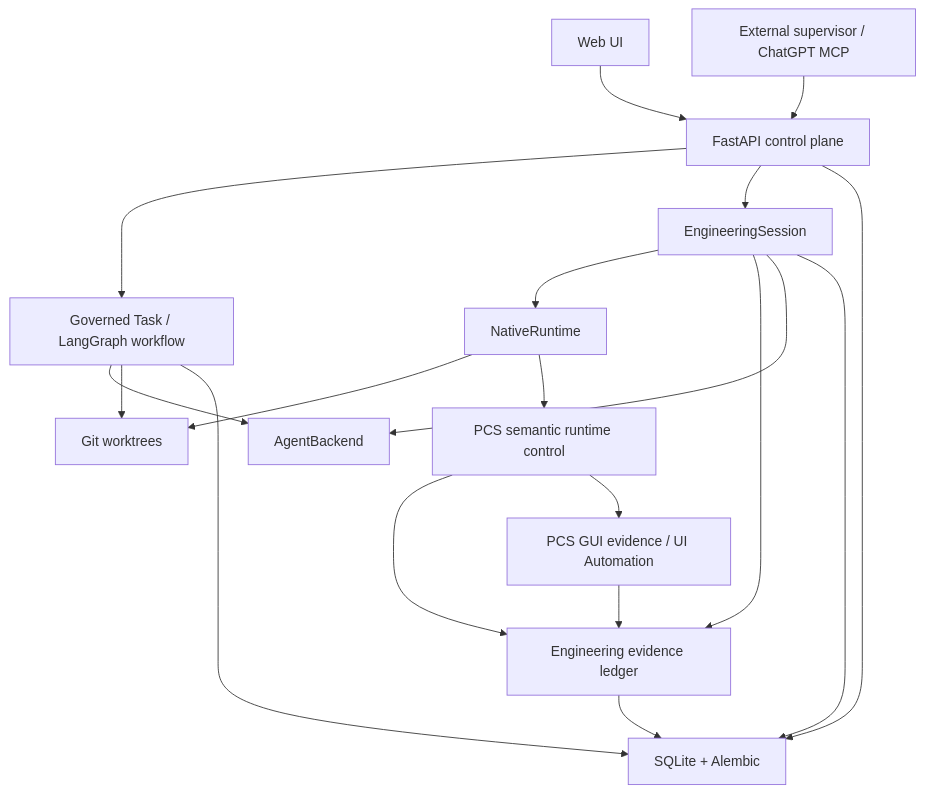
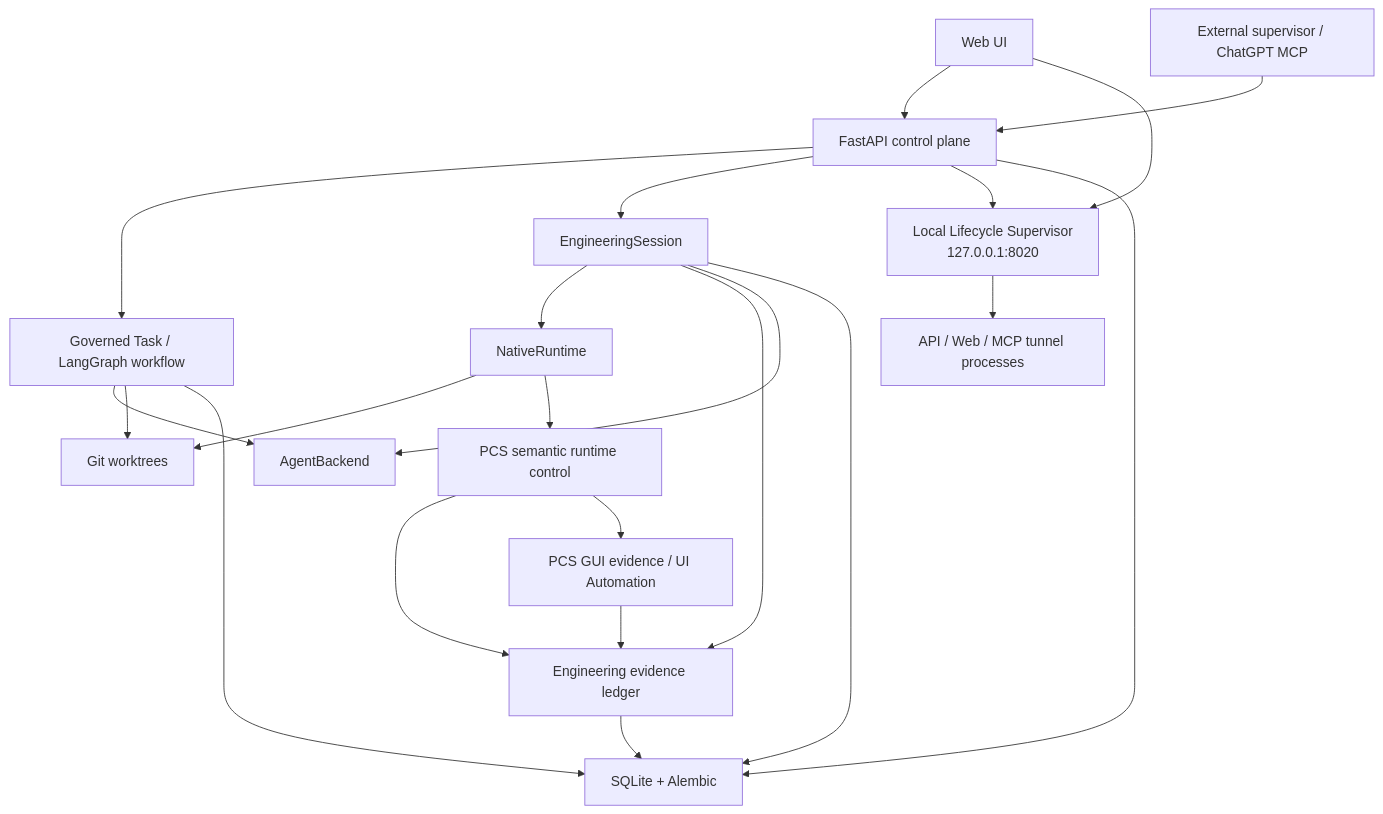
One commit to alifrae/sceneworks changed the diagram in docs/architecture.md. Above: the diagram before and after it, drawn with Mermaid. The commit also changed other lines of this file and 39 other files, not shown here.

First line of the commit message:
WP21: lifecycle supervisor (#22)

````diff
--- a/docs/architecture.md
+++ b/docs/architecture.md
@@ -9,34 +9,39 @@
 ```mermaid
 graph TD
     WEB["Web UI"]
-    SUP["External supervisor / ChatGPT MCP"]
+    EXT["External supervisor / ChatGPT MCP"]
     API["FastAPI control plane"]
+    LCS["Local Lifecycle Supervisor\n127.0.0.1:8020"]
     TASK["Governed Task / LangGraph workflow"]
     ES["EngineeringSession"]
     EVID["Engineering evidence ledger"]
     NR["NativeRuntime"]
     AB["AgentBackend"]
     PCS["PCS semantic runtime control"]
     GUI["PCS GUI evidence / UI Automation"]
     GIT["Git worktrees"]
     DB["SQLite + Alembic"]
+    INFRA["API / Web / MCP tunnel processes"]
 
     WEB --> API
-    SUP --> API
+    EXT --> API
     API --> TASK
     API --> ES
+    API --> LCS
+    WEB --> LCS
     TASK --> AB
     TASK --> GIT
     ES --> NR
     ES --> EVID
     ES --> AB
     NR --> GIT
     NR --> PCS
     PCS --> EVID
     PCS --> GUI
     GUI --> EVID
     API --> DB
     TASK --> DB
     ES --> DB
     EVID --> DB
+    LCS --> INFRA
 ```
````
